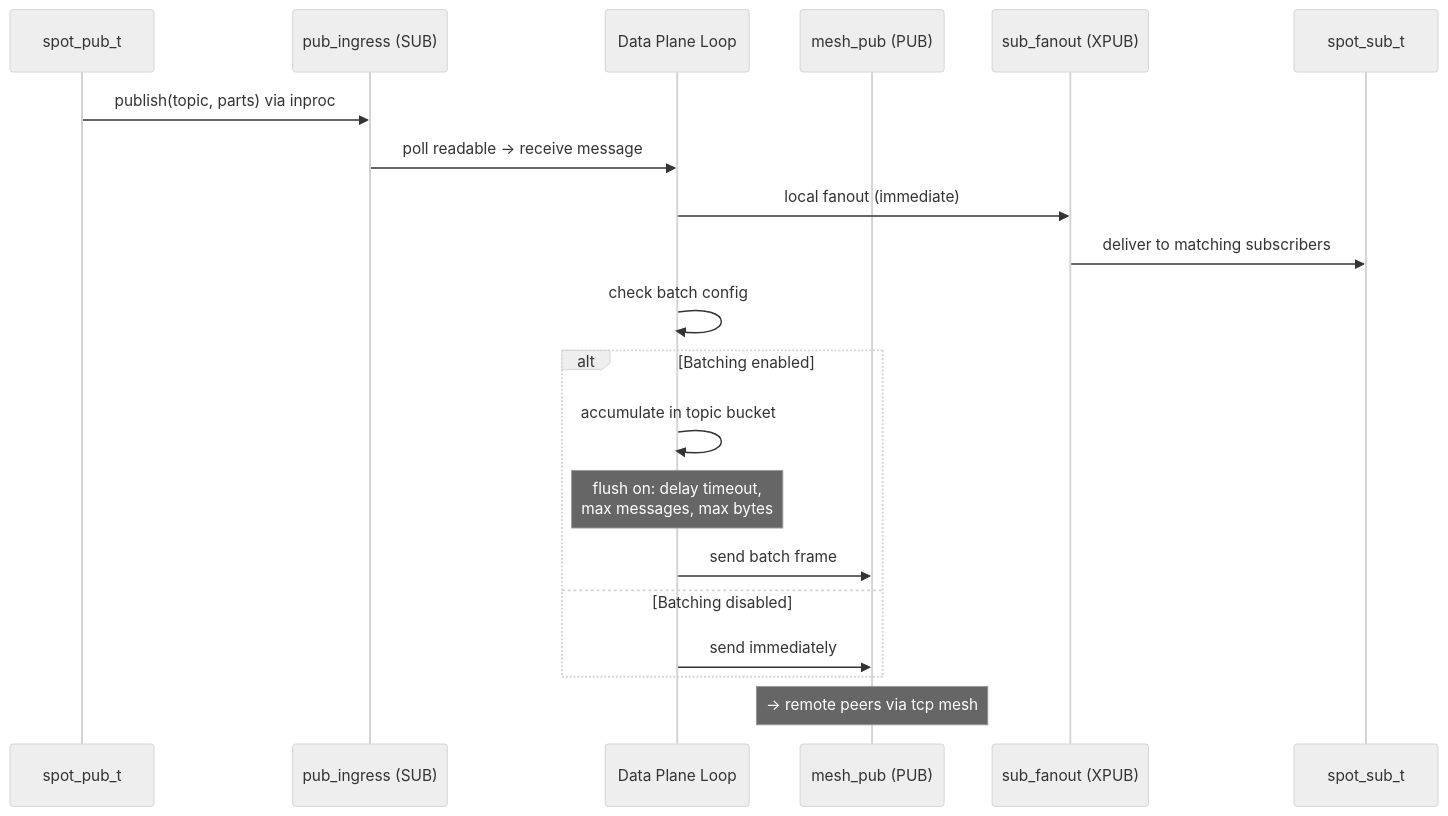
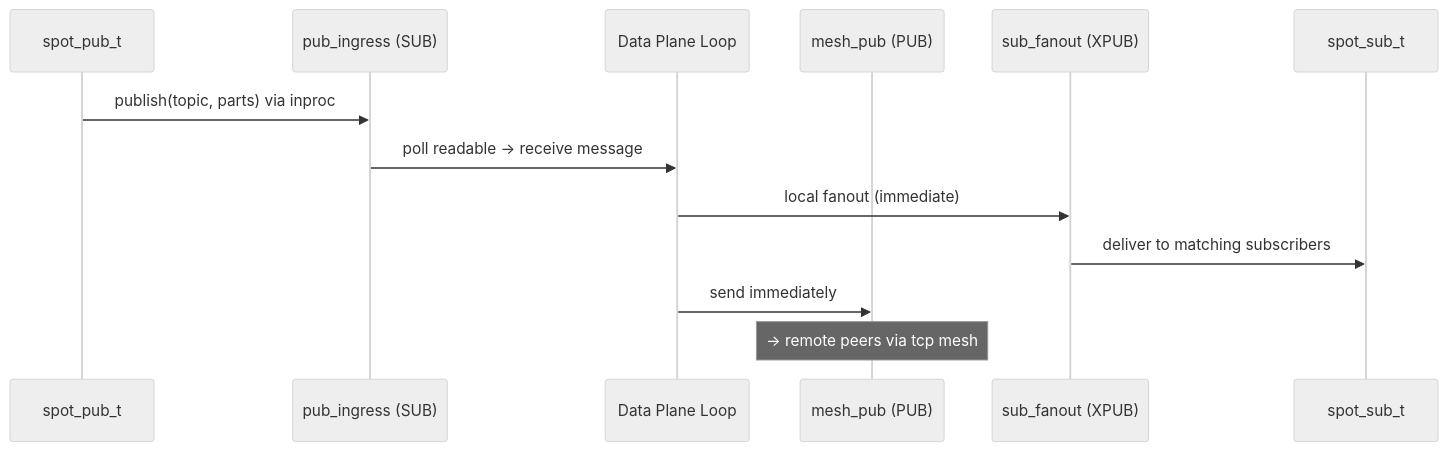
One commit to kairos-code-dev/zlink changed the fifth of 14 diagrams in doc/internals/services-internals.md. Above: the diagram before and after it, drawn with Mermaid (neutral theme). The commit also changed other lines of this file and 624 other files, not shown here.

````diff
--- a/doc/internals/services-internals.md
+++ b/doc/internals/services-internals.md
@@ -327,23 +327,16 @@
 ```mermaid
 sequenceDiagram
     participant Pub as spot_pub_t
     participant Ingress as pub_ingress (SUB)
     participant DP as Data Plane Loop
     participant MeshPub as mesh_pub (PUB)
     participant Fanout as sub_fanout (XPUB)
     participant Sub as spot_sub_t
 
     Pub->>Ingress: publish(topic, parts) via inproc
     Ingress->>DP: poll readable → receive message
     DP->>Fanout: local fanout (immediate)
     Fanout->>Sub: deliver to matching subscribers
-    DP->>DP: check batch config
-    alt Batching enabled
-        DP->>DP: accumulate in topic bucket
-        Note over DP: flush on: delay timeout,<br/>max messages, max bytes
-        DP->>MeshPub: send batch frame
-    else Batching disabled
-        DP->>MeshPub: send immediately
-    end
+    DP->>MeshPub: send immediately
     Note over MeshPub: → remote peers via tcp mesh
 ```
````
